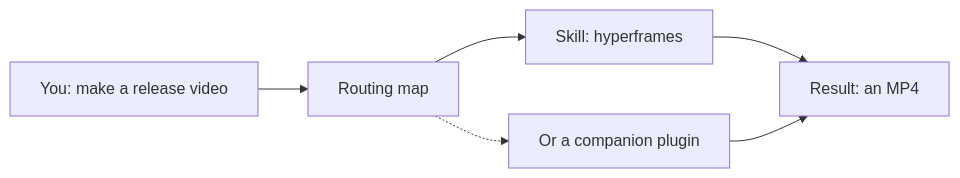
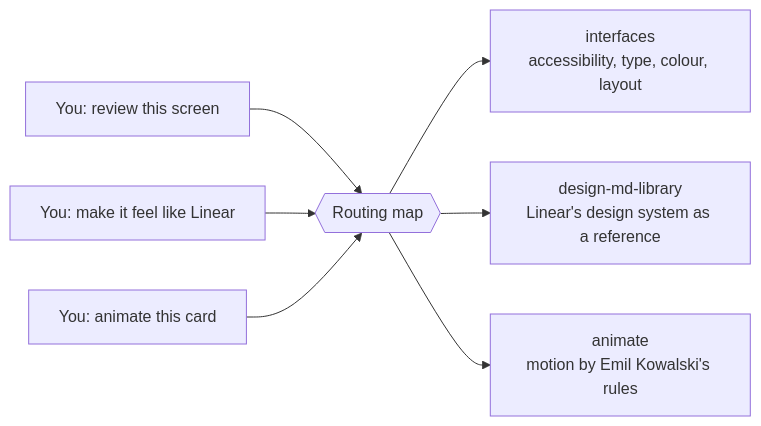
The diagram in README.md (Makkov-design/makkov-harness), drawn with Mermaid before and after one commit. The commit also changed other lines of this file and 8 other files, not shown here.

````diff
--- a/README.md
+++ b/README.md
@@ -40,8 +44,9 @@
 ```mermaid
 flowchart LR
-    A["You: make a release video"] --> B["Routing map"]
-    B --> C["Skill: hyperframes"]
-    B -.-> D["Or a companion plugin"]
-    C --> E["Result: an MP4"]
-    D --> E
+    A["You: review this screen"] --> M{{"Routing map"}}
+    B["You: make it feel like Linear"] --> M
+    C["You: animate this card"] --> M
+    M --> D["interfaces<br/>accessibility, type, colour, layout"]
+    M --> E["design-md-library<br/>Linear's design system as a reference"]
+    M --> F["animate<br/>motion by Emil Kowalski's rules"]
 ```
````
